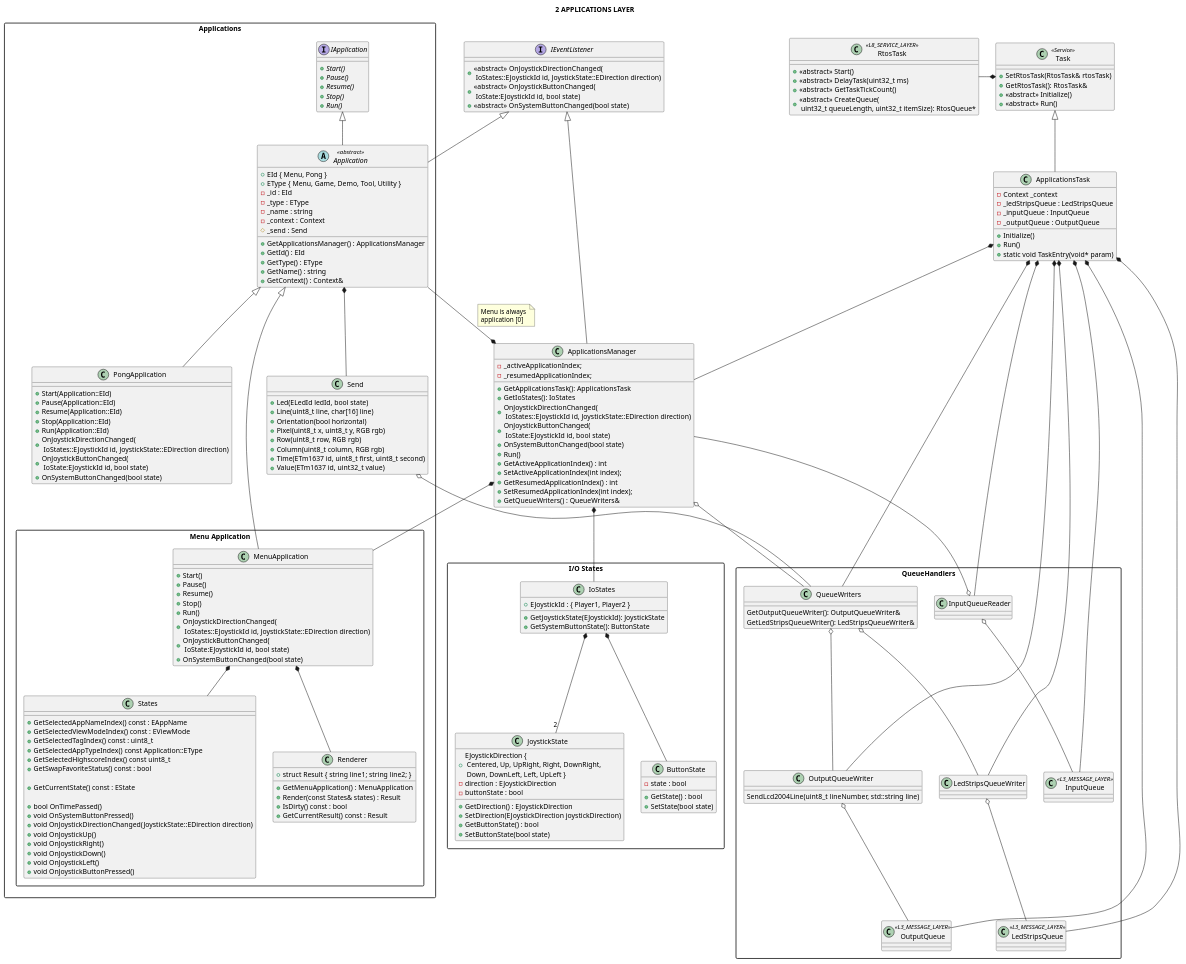
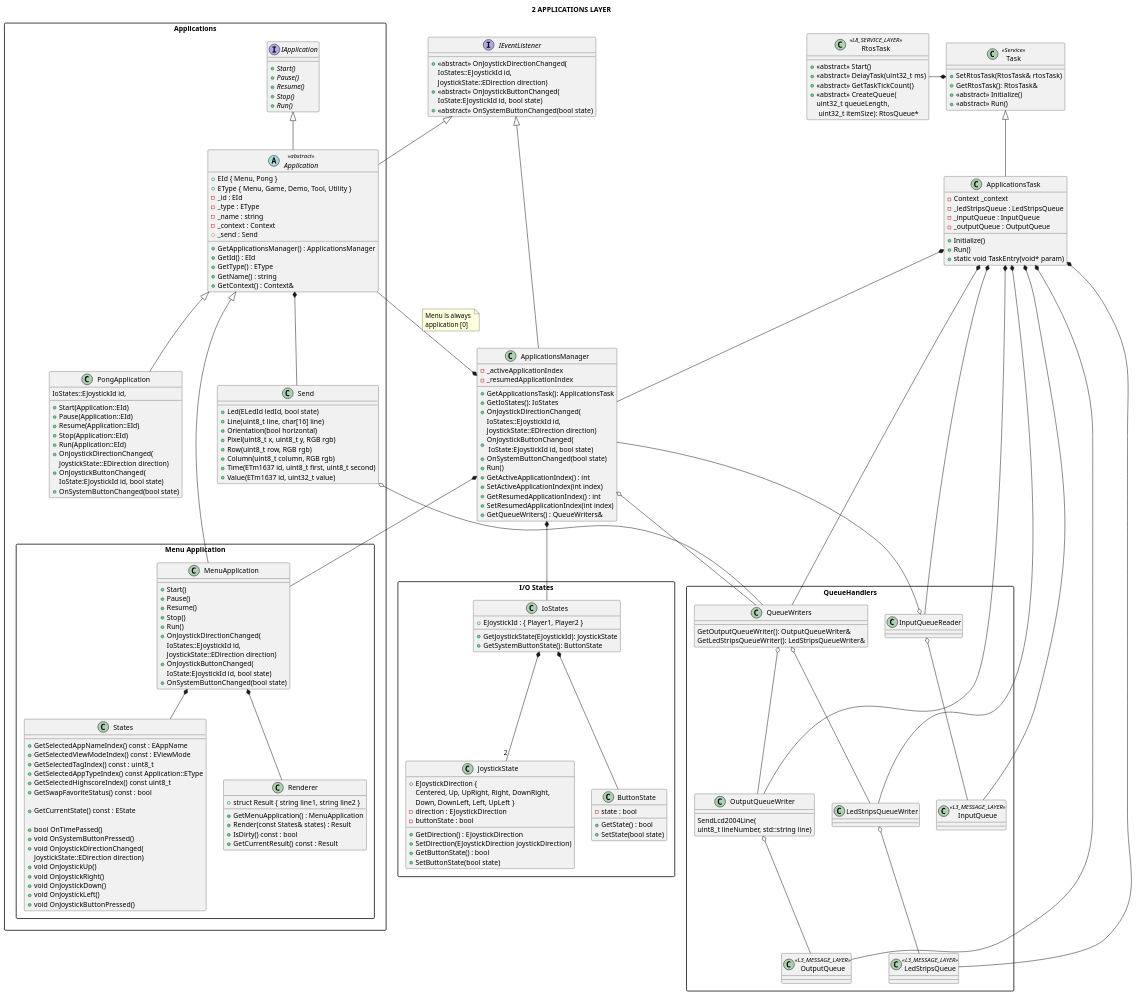
Before and after one commit to michelkeijzers/fraxis: the diagram in Docs/Software Design/Layers/L2_applications_layer.puml, drawn with PlantUML. The commit also changed 28 other files, not shown here.

```diff
--- a/Docs/Software Design/Layers/L2_applications_layer.puml
+++ b/Docs/Software Design/Layers/L2_applications_layer.puml
@@ -21,7 +21,8 @@
     + <<abstract>> Start()
     + <<abstract>> DelayTask(uint32_t ms)
     + <<abstract>> GetTaskTickCount()
-    + <<abstract>> CreateQueue(\n uint32_t queueLength, uint32_t itemSize): RtosQueue*
+    + <<abstract>> CreateQueue(
+        uint32_t queueLength, \n uint32_t itemSize): RtosQueue*
 }
 
 class Task <<Service>>
@@ -38,8 +39,10 @@
 
 interface IEventListener
 {
-    + <<abstract>> OnJoystickDirectionChanged(\n IoStates::EJoystickId id, JoystickState::EDirection direction)
-    + <<abstract>> OnJoystickButtonChanged(\n IoState:EJoystickId id, bool state)
+    + <<abstract>> OnJoystickDirectionChanged(
+        IoStates::EJoystickId id, \nJoystickState::EDirection direction)
+    + <<abstract>> OnJoystickButtonChanged(
+         IoState:EJoystickId id, bool state)
     + <<abstract>> OnSystemButtonChanged(bool state)
 }
 
@@ -47,17 +50,18 @@
 {
     + GetApplicationsTask(): ApplicationsTask
     + GetIoStates(): IoStates
-    + OnJoystickDirectionChanged(\n IoStates::EJoystickId id, JoystickState::EDirection direction)
+    + OnJoystickDirectionChanged(
+        IoStates::EJoystickId id, \nJoystickState::EDirection direction)
     + OnJoystickButtonChanged(\n IoState:EJoystickId id, bool state)
     + OnSystemButtonChanged(bool state)
     + Run()
     + GetActiveApplicationIndex() : int
-    + SetActiveApplicationIndex(int index);
+    + SetActiveApplicationIndex(int index)
     + GetResumedApplicationIndex() : int
-    + SetResumedApplicationIndex(int index);
+    + SetResumedApplicationIndex(int index)
     + GetQueueWriters() : QueueWriters&
-    - _activeApplicationIndex;
-    - _resumedApplicationIndex;
+    - _activeApplicationIndex
+    - _resumedApplicationIndex
 }
 
 ApplicationsManager -u-|> IEventListener
@@ -79,7 +83,8 @@
 
     class OutputQueueWriter
     {
-        SendLcd2004Line(uint8_t lineNumber, std::string line)
+        SendLcd2004Line(
+            uint8_t lineNumber, std::string line)
     }
 
     class LedStripsQueueWriter
@@ -122,7 +127,8 @@
 {
     class JoystickState 
     {
-        + EJoystickDirection { \n Centered, Up, UpRight, Right, DownRight, \n Down, DownLeft, Left, UpLeft }
+        + EJoystickDirection { 
+            Centered, Up, UpRight, Right, DownRight, \nDown, DownLeft, Left, UpLeft }
         - direction : EJoystickDirection
         - buttonState : bool
         + GetDirection() : EJoystickDirection
@@ -208,8 +214,10 @@
             + Stop()
             + Run()
                 
-            + OnJoystickDirectionChanged(\n IoStates::EJoystickId id, JoystickState::EDirection direction)
-            + OnJoystickButtonChanged(\n IoState:EJoystickId id, bool state)
+            + OnJoystickDirectionChanged(
+                IoStates::EJoystickId id, \nJoystickState::EDirection direction)
+            + OnJoystickButtonChanged(
+                IoState:EJoystickId id, bool state)
             + OnSystemButtonChanged(bool state)
         }
 
@@ -226,7 +234,8 @@
             
             + bool OnTimePassed()
             + void OnSystemButtonPressed()
-            + void OnJoystickDirectionChanged(JoystickState::EDirection direction)
+            + void OnJoystickDirectionChanged(
+                JoystickState::EDirection direction)
             + void OnJoystickUp()
             + void OnJoystickRight()
             + void OnJoystickDown()
@@ -236,7 +245,7 @@
 
         class Renderer 
         {
-            + struct Result { string line1; string line2; }
+            + struct Result { string line1, string line2 }
             + GetMenuApplication() : MenuApplication
             + Render(const States& states) : Result
             + IsDirty() const : bool
@@ -254,8 +263,11 @@
         + Resume(Application::EId)
         + Stop(Application::EId)
         + Run(Application::EId)
-        + OnJoystickDirectionChanged(\n IoStates::EJoystickId id, JoystickState::EDirection direction)
-        + OnJoystickButtonChanged(\n IoState:EJoystickId id, bool state)
+        + OnJoystickDirectionChanged(
+            IoStates::EJoystickId id, 
+            JoystickState::EDirection direction)
+        + OnJoystickButtonChanged(
+            IoState:EJoystickId id, bool state)
         + OnSystemButtonChanged(bool state)
 
     }
```
